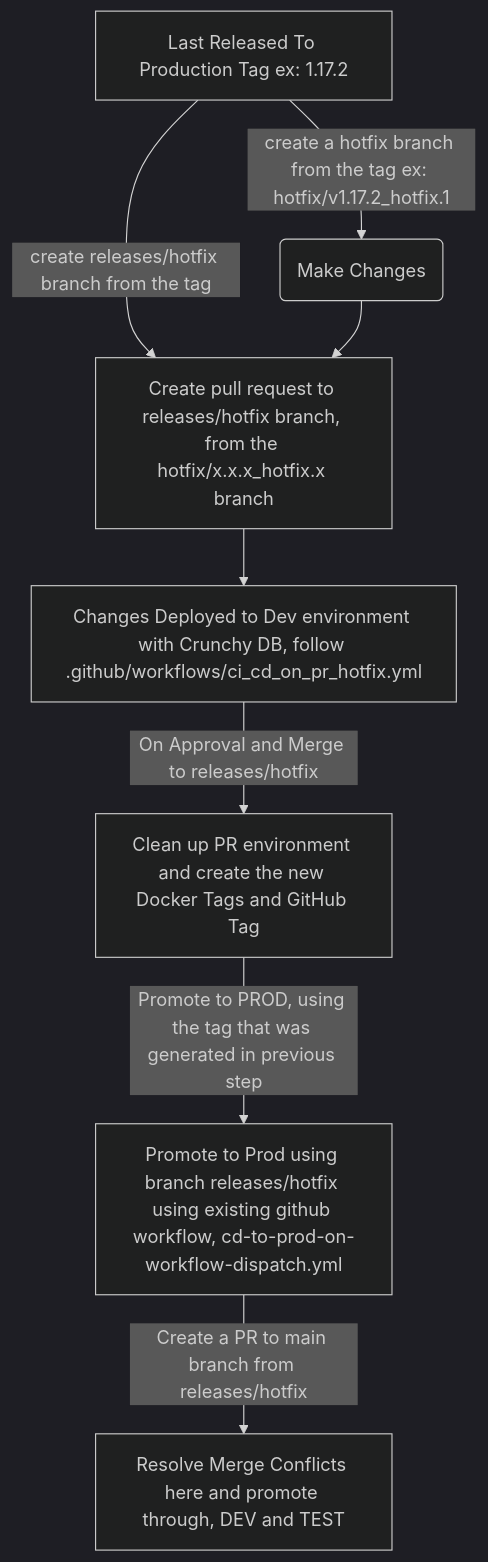
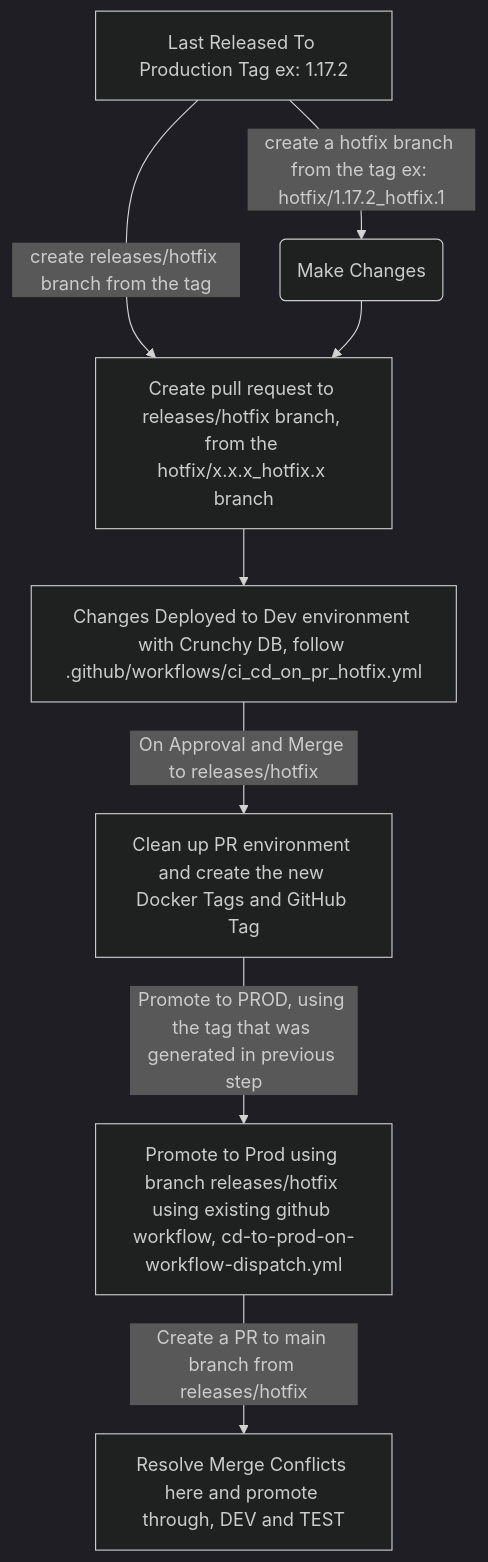
The diagram in README.md (bcgov/fin-pay-transparency), drawn with Mermaid (dark theme) before and after one commit. The commit also changed 2 other files, not shown here.

Commit message:
fix: naming convention comments and TAG fetch

````diff
--- a/README.md
+++ b/README.md
@@ -136,11 +136,11 @@
 ```mermaid
 flowchart 
-    A[Last Released To Production Tag ex: 1.17.2] -->|create a hotfix branch from the tag ex: hotfix/v1.17.2_hotfix.1| B(Make Changes)
+    A[Last Released To Production Tag ex: 1.17.2] -->|create a hotfix branch from the tag ex: hotfix/1.17.2_hotfix.1| B(Make Changes)
     A[Last Released To Production Tag ex: 1.17.2] -->|create releases/hotfix branch from the tag | C( Branch to Which pull request will be raised)
     B --> C[Create pull request to releases/hotfix branch, from the hotfix/x.x.x_hotfix.x branch]
     C --> D[Changes Deployed to Dev environment with Crunchy DB, follow .github/workflows/ci_cd_on_pr_hotfix.yml]
     D -->|On Approval and Merge to releases/hotfix| E[Clean up PR environment and create the new Docker Tags and GitHub Tag]
     E -->|Promote to PROD, using the tag that was generated in previous step | F[Promote to Prod using branch releases/hotfix using existing github workflow, cd-to-prod-on-workflow-dispatch.yml]
     F -->|Create a PR to main branch from releases/hotfix| G[Resolve Merge Conflicts here and promote through, DEV and TEST]
 
 ```
````
